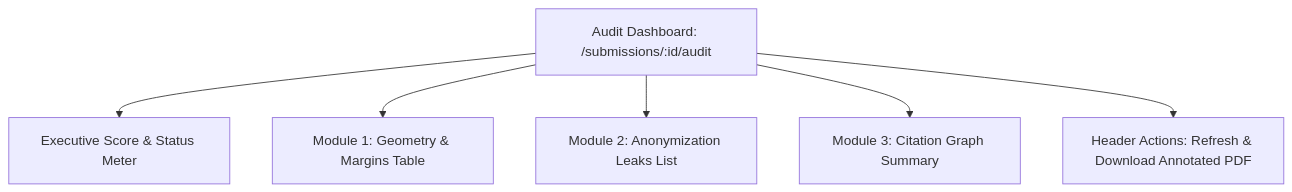
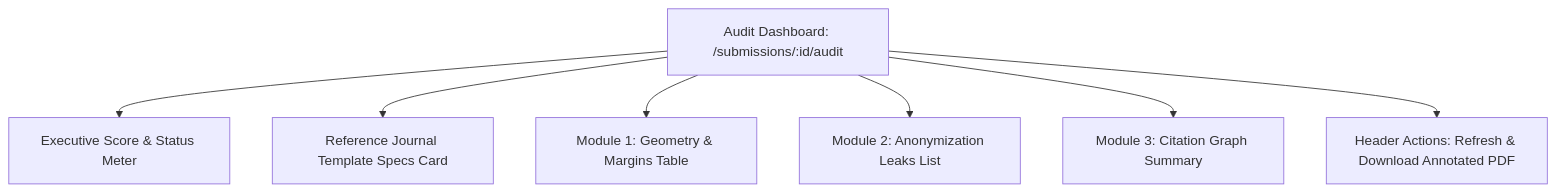
One commit to ageng133/jms changed the diagram in plans/PLAN-08-frontend-audit-dashboard.md. Above: the diagram before and after it, drawn with Mermaid. The commit also changed other lines of this file and 47 other files, not shown here.

Commit message:
feat(flow): implement dual-upload flow comparing author draft against reference journal template

````diff
--- a/plans/PLAN-08-frontend-audit-dashboard.md
+++ b/plans/PLAN-08-frontend-audit-dashboard.md
@@ -19,9 +19,10 @@
 ```mermaid
 flowchart TD
     Dashboard[Audit Dashboard: /submissions/:id/audit]
     Dashboard --> ScoreCard[Executive Score & Status Meter]
+    Dashboard --> TemplateCard[Reference Journal Template Specs Card]
     Dashboard --> Mod1[Module 1: Geometry & Margins Table]
     Dashboard --> Mod2[Module 2: Anonymization Leaks List]
     Dashboard --> Mod3[Module 3: Citation Graph Summary]
     Dashboard --> Actions[Header Actions: Refresh & Download Annotated PDF]
 ```
````
